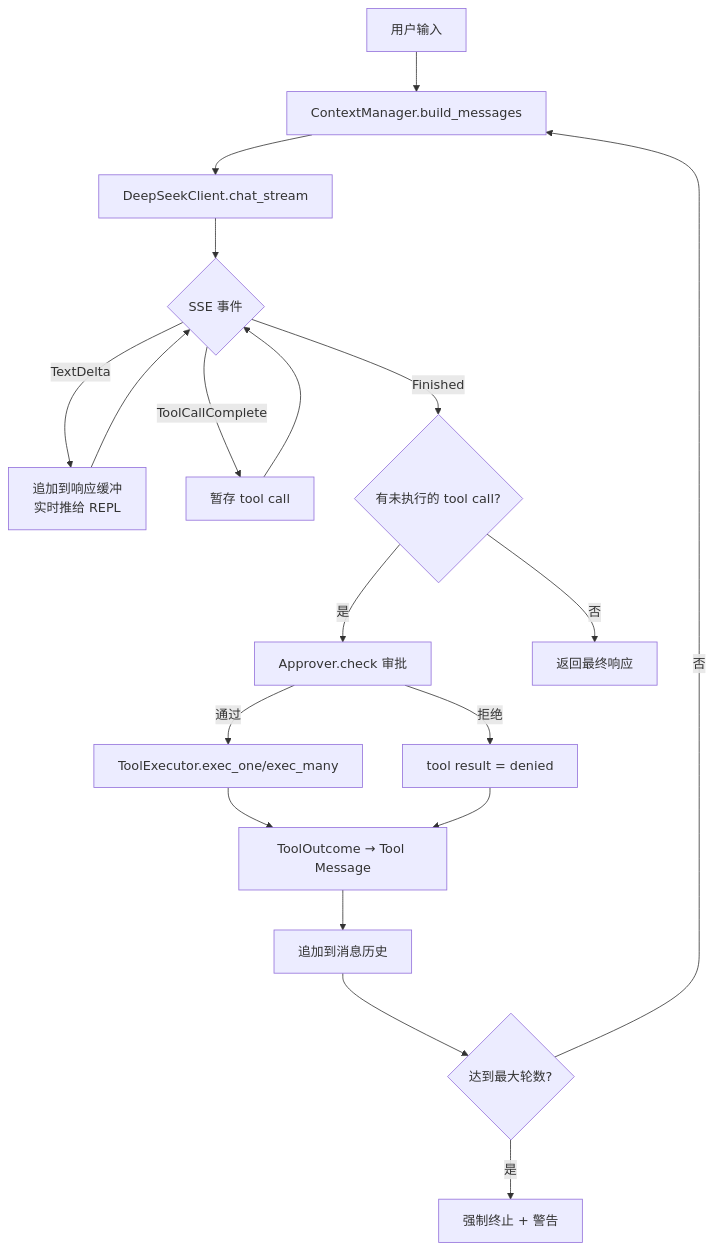
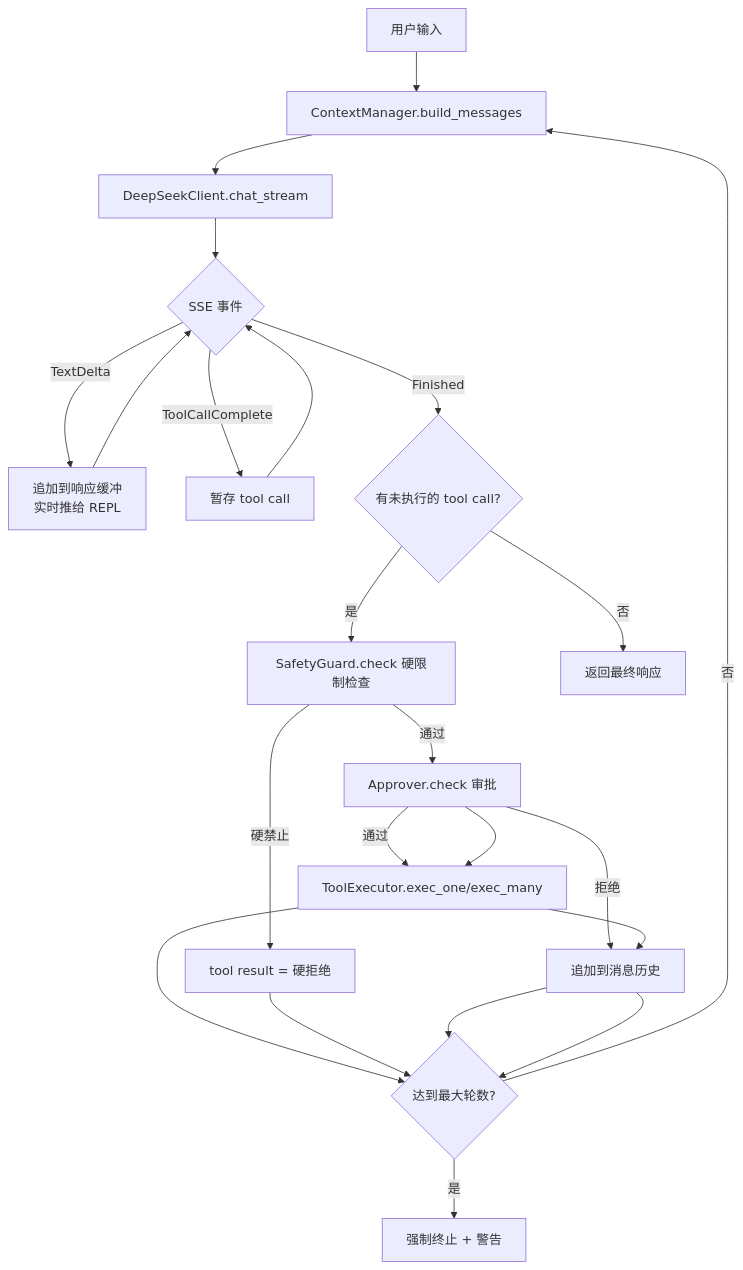
The diagram in docs/superpowers/specs/2026-06-25-dshns-agent-design.md (liruilong9999/dsHns), drawn with Mermaid before and after one commit. The commit also changed other lines of this file, not shown here.

First line of the commit message:
更新设计文档：增加 exec_shell 硬限制 + 双层安全检查体系

````diff
--- a/docs/superpowers/specs/2026-06-25-dshns-agent-design.md
+++ b/docs/superpowers/specs/2026-06-25-dshns-agent-design.md
@@ -193,21 +227,25 @@
 ```mermaid
 graph TD
     A[用户输入] --> B[ContextManager.build_messages]
     B --> C[DeepSeekClient.chat_stream]
     C --> D{SSE 事件}
     D -->|TextDelta| E[追加到响应缓冲<br/>实时推给 REPL]
     D -->|ToolCallComplete| F[暂存 tool call]
     D -->|Finished| G{有未执行的 tool call?}
     E --> D
     F --> D
-    G -->|是| H[Approver.check 审批]
+    G -->|是| H[SafetyGuard.check 硬限制检查]
     G -->|否| I[返回最终响应]
-    H -->|通过| J[ToolExecutor.exec_one/exec_many]
-    H -->|拒绝| K[tool result = denied]
-    J --> L[ToolOutcome → Tool Message]
+    H -->|硬禁止| J[tool result = 硬拒绝]
+    H -->|通过| K[Approver.check 审批]
+    K -->|通过| L[ToolExecutor.exec_one/exec_many]
+    K -->|拒绝| M[tool result = 用户拒绝]
+    L --> N[ToolOutcome → Tool Message]
+    J --> N
+    M --> N
     K --> L
     L --> M[追加到消息历史]
     M --> N{达到最大轮数?}
     N -->|否| B
     N -->|是| O[强制终止 + 警告]
 ```
````
